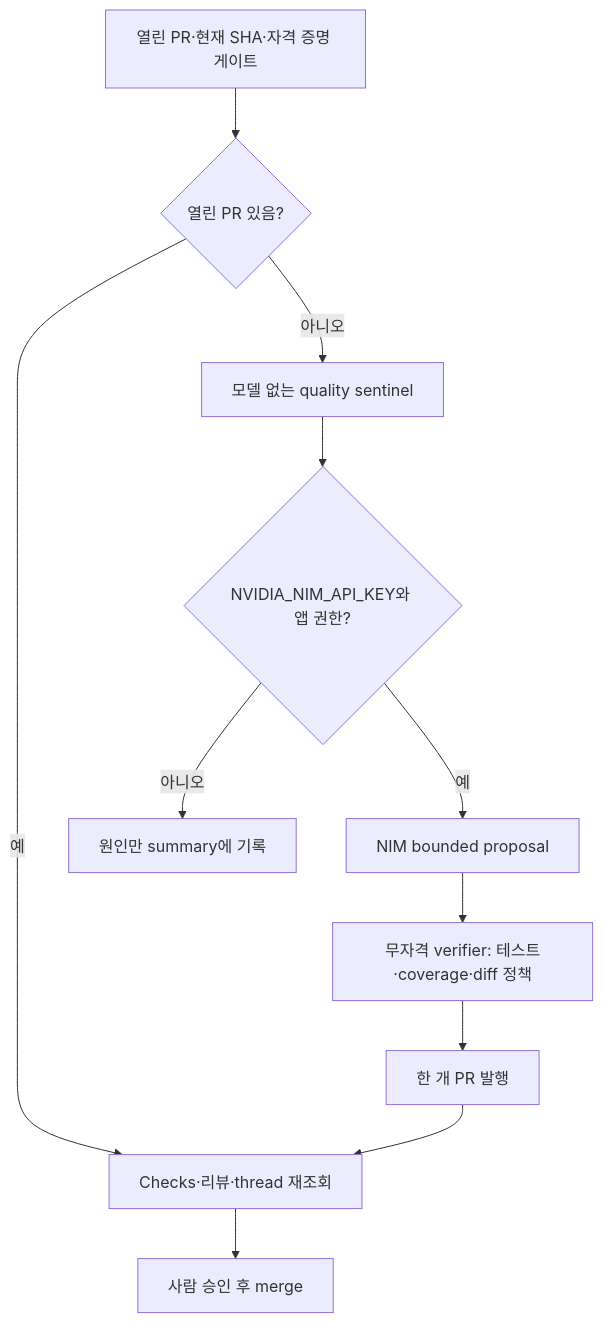
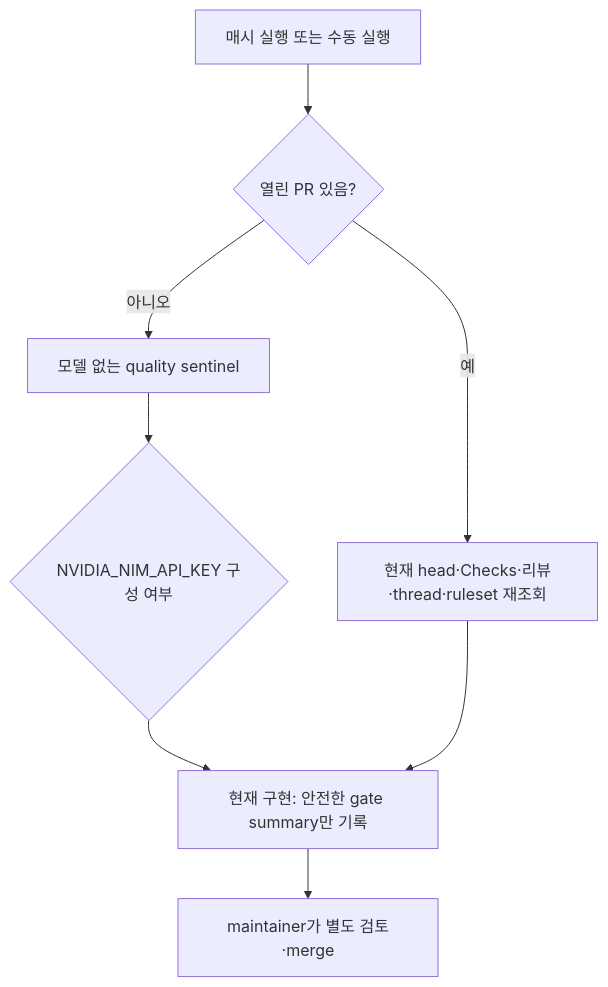
Before and after one commit to ContextualWisdomLab/saju-caldav: the diagram in docs/operations/HOURLY_PRODUCT_LOOP.md, drawn with Mermaid. The commit also changed other lines of this file and 16 other files, not shown here.

````diff
--- a/docs/operations/HOURLY_PRODUCT_LOOP.md
+++ b/docs/operations/HOURLY_PRODUCT_LOOP.md
@@ -11,13 +11,10 @@
 ```mermaid
 flowchart TD
-  Gate[열린 PR·현재 SHA·자격 증명 게이트] --> Existing{열린 PR 있음?}
-  Existing -->|예| Review[Checks·리뷰·thread 재조회]
-  Existing -->|아니오| Sentinel[모델 없는 quality sentinel]
-  Sentinel --> Nim{NVIDIA_NIM_API_KEY와 앱 권한?}
-  Nim -->|아니오| Summary[원인만 summary에 기록]
-  Nim -->|예| Proposal[NIM bounded proposal]
-  Proposal --> Verify[무자격 verifier: 테스트·coverage·diff 정책]
-  Verify --> PR[한 개 PR 발행]
-  PR --> Review
-  Review --> Human[사람 승인 후 merge]
+  Start[매시 실행 또는 수동 실행] --> Gate{열린 PR 있음?}
+  Gate -->|예| Review[현재 head·Checks·리뷰·thread·ruleset 재조회]
+  Gate -->|아니오| Sentinel[모델 없는 quality sentinel]
+  Sentinel --> NimKey{NVIDIA_NIM_API_KEY 구성 여부}
+  NimKey --> Summary[현재 구현: 안전한 gate summary만 기록]
+  Review --> Summary
+  Summary --> Human[maintainer가 별도 검토·merge]
 ```
````
